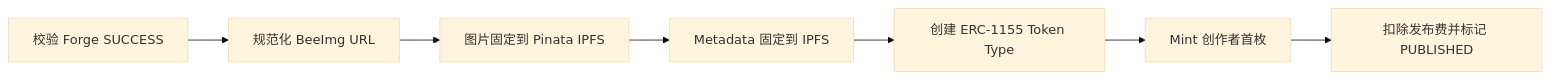
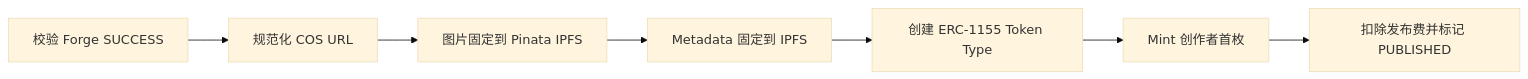
One commit to ouminghai/Fanora changed the third of 4 diagrams in docs/produce/README.md. Above: the diagram before and after it, drawn with Mermaid (base theme). The commit also changed other lines of this file and 78 other files, not shown here.

````diff
--- a/docs/produce/README.md
+++ b/docs/produce/README.md
@@ -132,9 +132,9 @@
 ```mermaid
 flowchart LR
-    A["校验 Forge SUCCESS"] --> B["规范化 BeeImg URL"]
+    A["校验 Forge SUCCESS"] --> B["规范化 COS URL"]
     B --> C["图片固定到 Pinata IPFS"]
     C --> D["Metadata 固定到 IPFS"]
     D --> E["创建 ERC-1155 Token Type"]
     E --> F["Mint 创作者首枚"]
     F --> G["扣除发布费并标记 PUBLISHED"]
 ```
````
